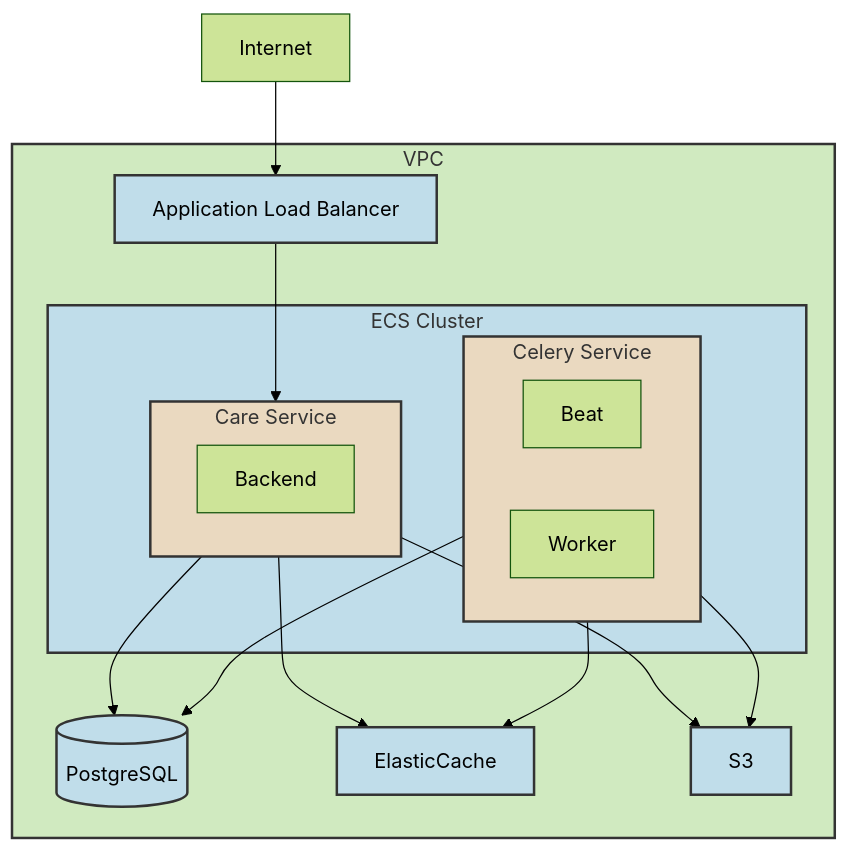
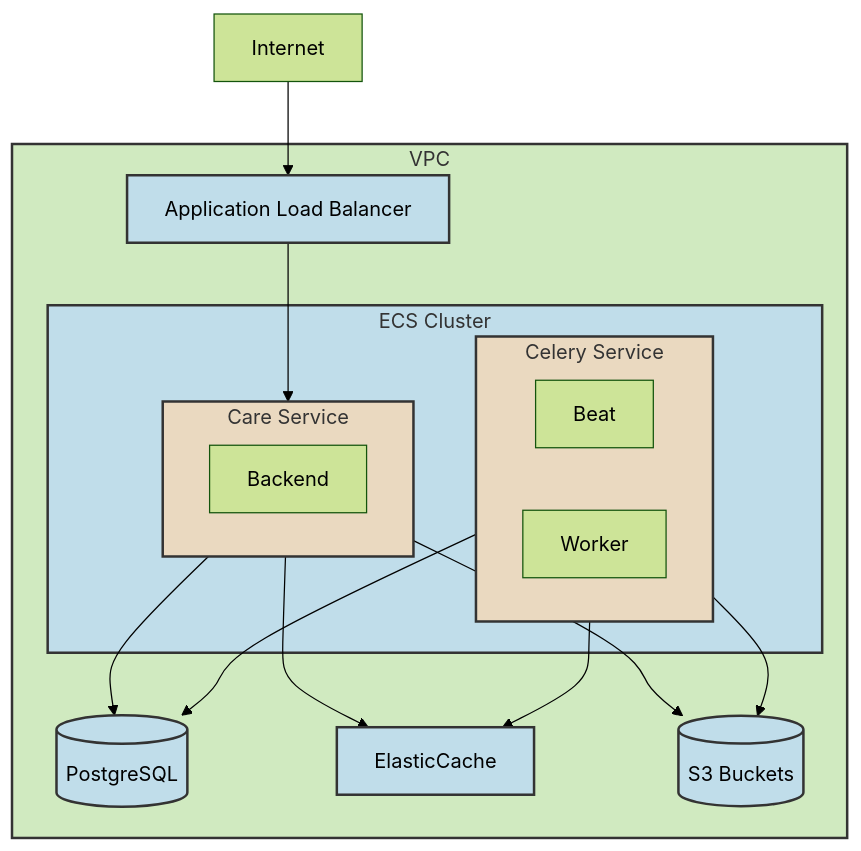
The first of 2 diagrams in blog/2024-02-25-aws-service-connect.md (ohcnetwork/docs), drawn with Mermaid before and after one commit. The commit also changed other lines of this file, not shown here.

````diff
--- a/blog/2024-02-25-aws-service-connect.md
+++ b/blog/2024-02-25-aws-service-connect.md
@@ -12,35 +12,35 @@
 ```mermaid
 %%{init: {'theme':'forest', 'flowchart': { 'curve': 'basis' }}}%%
 graph TD
     WWW[Internet]
     subgraph VPC
         ALB[Application Load Balancer]
         subgraph ECS[ECS Cluster]
             subgraph CareService[Care Service]
                 CareBackend[Backend]
             end
             subgraph CeleryService[Celery Service]
                 CeleryBeat[Beat]
                 CeleryWorker[ Worker]
             end
         end
         RDS[(PostgreSQL)]
         ElasticCache[ElasticCache]
-        S3[S3]
+        S3[(S3 Buckets)]
     end
     WWW --> ALB
     ALB --> CareService
     CareService --> RDS
     CareService --> ElasticCache
     CareService --> S3
     CeleryService --> RDS
     CeleryService --> ElasticCache
     CeleryService --> S3
 
     classDef vpc fill:#d0eac0,stroke:#333,stroke-width:2px;
     classDef service fill:#c0ddea,stroke:#333,stroke-width:2px;
     classDef ecsservice fill:#ead9c0,stroke:#333,stroke-width:2px;
     class VPC vpc;
     class ALB,ECS,RDS,ElasticCache,S3 service;
     class CareService,CeleryService ecsservice;
 ```
````
